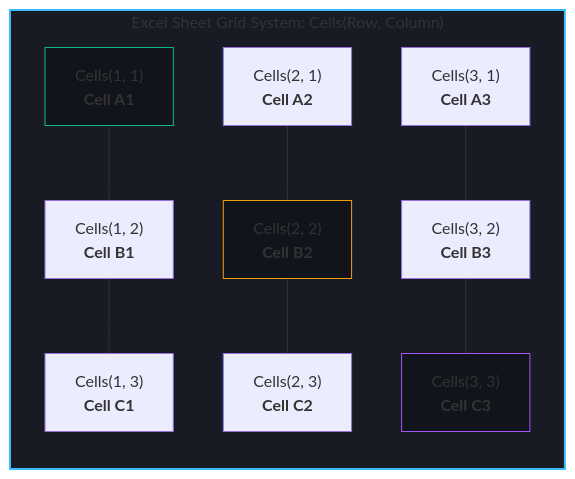
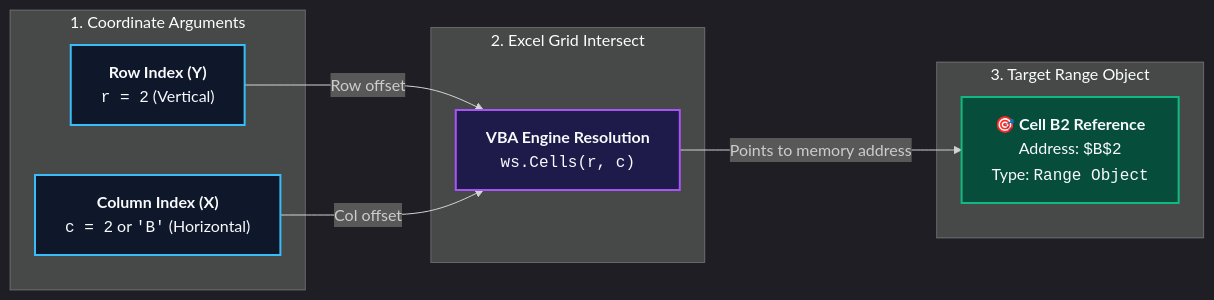
One commit to Sohila-Khaled-Abbas/Excel-VBA-Second-Brain changed the diagram in 03 - Excel Object Model/Cells/Cells.md. Above: the diagram before and after it, drawn with Mermaid. The commit also changed other lines of this file and 23 other files, not shown here.

Commit message:
feat: modernize vault diagrams with dark-theme Excel mockup UI, responsive card grids, and high-contrast Mermaid themes

````diff
--- a/03 - Excel Object Model/Cells/Cells.md
+++ b/03 - Excel Object Model/Cells/Cells.md
@@ -33,14 +127,27 @@
 ```mermaid
-flowchart TD
-    subgraph Grid["Excel Sheet Grid System: Cells(Row, Column)"]
-        direction TB
-        C11["Cells(1, 1)<br/><b>Cell A1</b>"] --- C12["Cells(1, 2)<br/><b>Cell B1</b>"] --- C13["Cells(1, 3)<br/><b>Cell C1</b>"]
-        C21["Cells(2, 1)<br/><b>Cell A2</b>"] --- C22["Cells(2, 2)<br/><b>Cell B2</b>"] --- C23["Cells(2, 3)<br/><b>Cell C2</b>"]
-        C31["Cells(3, 1)<br/><b>Cell A3</b>"] --- C32["Cells(3, 2)<br/><b>Cell B3</b>"] --- C33["Cells(3, 3)<br/><b>Cell C3</b>"]
+%%{init: {'theme': 'dark', 'themeVariables': { 'darkMode': true, 'fontFamily': 'Inter, sans-serif' }}}%%
+flowchart LR
+    subgraph Inputs["1. Coordinate Arguments"]
+        R["<b>Row Index (Y)</b><br/><code>r = 2</code> (Vertical)"]
+        C["<b>Column Index (X)</b><br/><code>c = 2</code> or <code>'B'</code> (Horizontal)"]
     end
 
-    style Grid fill:#181a24,stroke:#38bdf8,stroke-width:2px
-    style C11 fill:#12141c,stroke:#10b981
-    style C22 fill:#12141c,stroke:#f59e0b
-    style C33 fill:#12141c,stroke:#a855f7
+    subgraph Resolution["2. Excel Grid Intersect"]
+        Engine["<b>VBA Engine Resolution</b><br/><code>ws.Cells(r, c)</code>"]
+        R -->|Row offset| Engine
+        C -->|Col offset| Engine
+    end
+
+    subgraph Target["3. Target Range Object"]
+        Cell["🎯 <b>Cell B2 Reference</b><br/>Address: <code>$B$2</code><br/>Type: <code>Range Object</code>"]
+        Engine -->|Points to memory address| Cell
+    end
+
+    classDef inNode fill:#0f172a,stroke:#38bdf8,stroke-width:2px,color:#f8fafc;
+    classDef procNode fill:#1e1b4b,stroke:#a855f7,stroke-width:2px,color:#f8fafc;
+    classDef outNode fill:#064e3b,stroke:#10b981,stroke-width:2px,color:#f8fafc;
+    
+    class R,C inNode;
+    class Engine procNode;
+    class Cell outNode;
 ```
````
